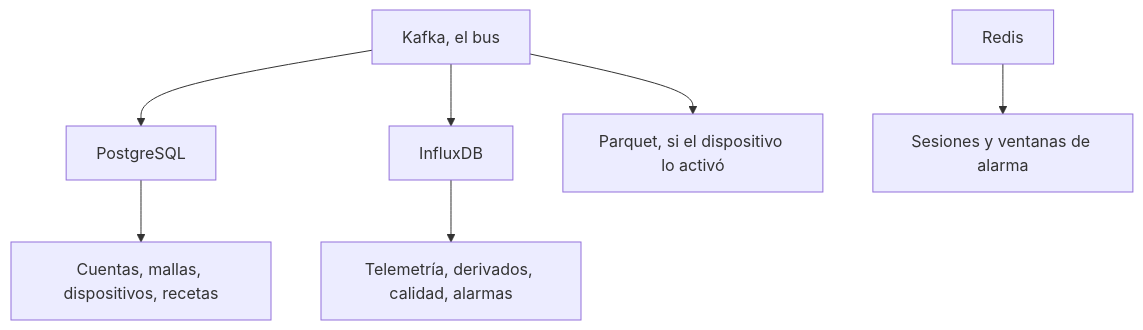
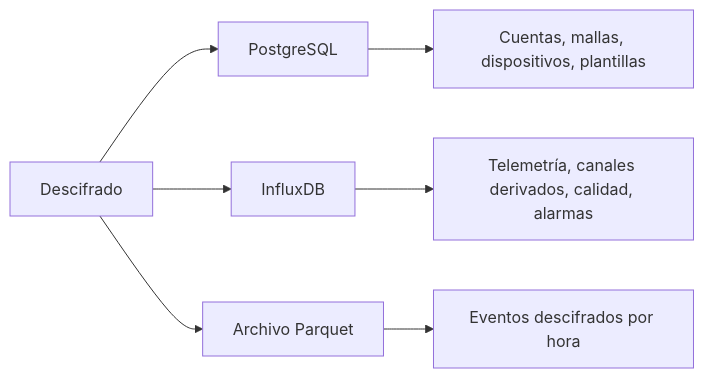
The diagram in apps/web/content/docs/es/data.mdx (sensical-coop/mesh-things-apps), drawn with Mermaid before and after one commit. The commit also changed other lines of this file and 27 other files, not shown here.

````diff
--- a/apps/web/content/docs/es/data.mdx
+++ b/apps/web/content/docs/es/data.mdx
@@ -10,9 +8,9 @@
 ```mermaid
-flowchart TD
-  bus["Kafka, el bus"] --> pg["PostgreSQL"]
-  bus --> influx["InfluxDB"]
-  bus --> parquet["Parquet, si el dispositivo lo activó"]
-  pg --> fleet["Cuentas, mallas, dispositivos, recetas"]
-  influx --> samples["Telemetría, derivados, calidad, alarmas"]
-  redis["Redis"] --> sessions["Sesiones y ventanas de alarma"]
+flowchart LR
+  decoder["Descifrado"] --> pg["PostgreSQL"]
+  decoder --> influx["InfluxDB"]
+  decoder --> parquet["Archivo Parquet"]
+  pg --> fleet["Cuentas, mallas, dispositivos, plantillas"]
+  influx --> samples["Telemetría, canales derivados, calidad, alarmas"]
+  parquet --> events["Eventos descifrados por hora"]
 ```
````
